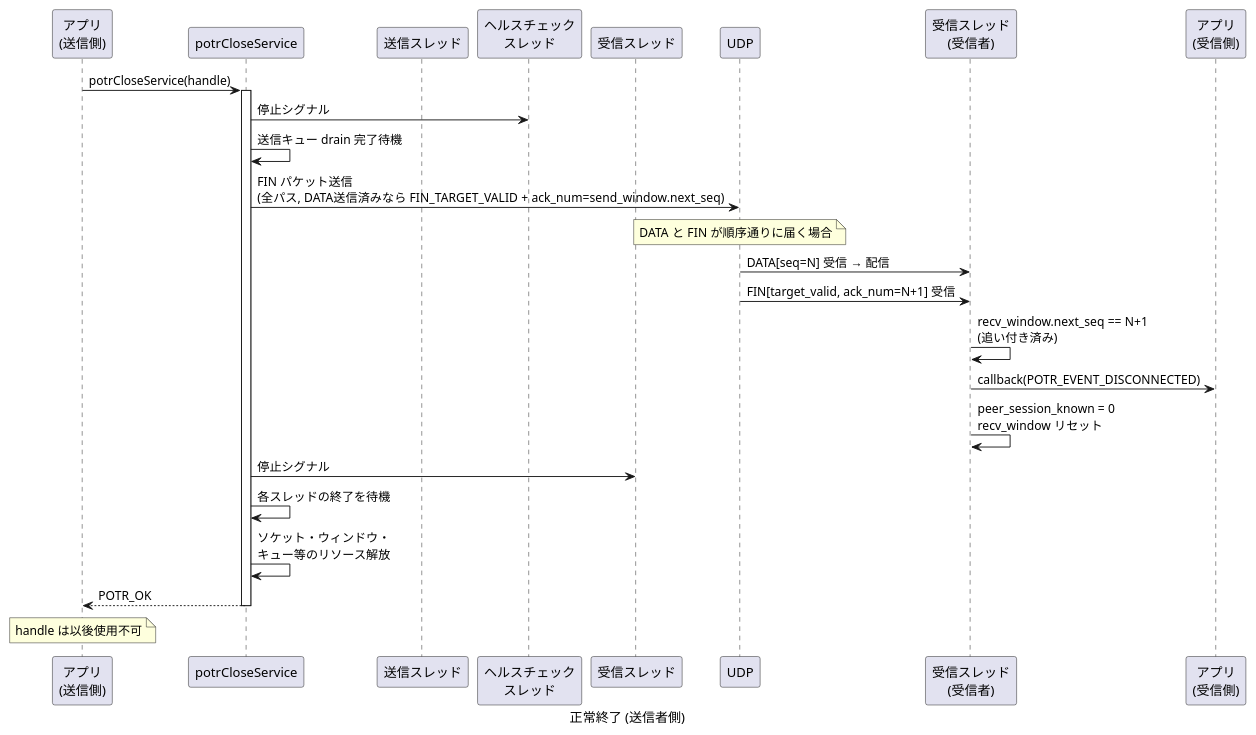
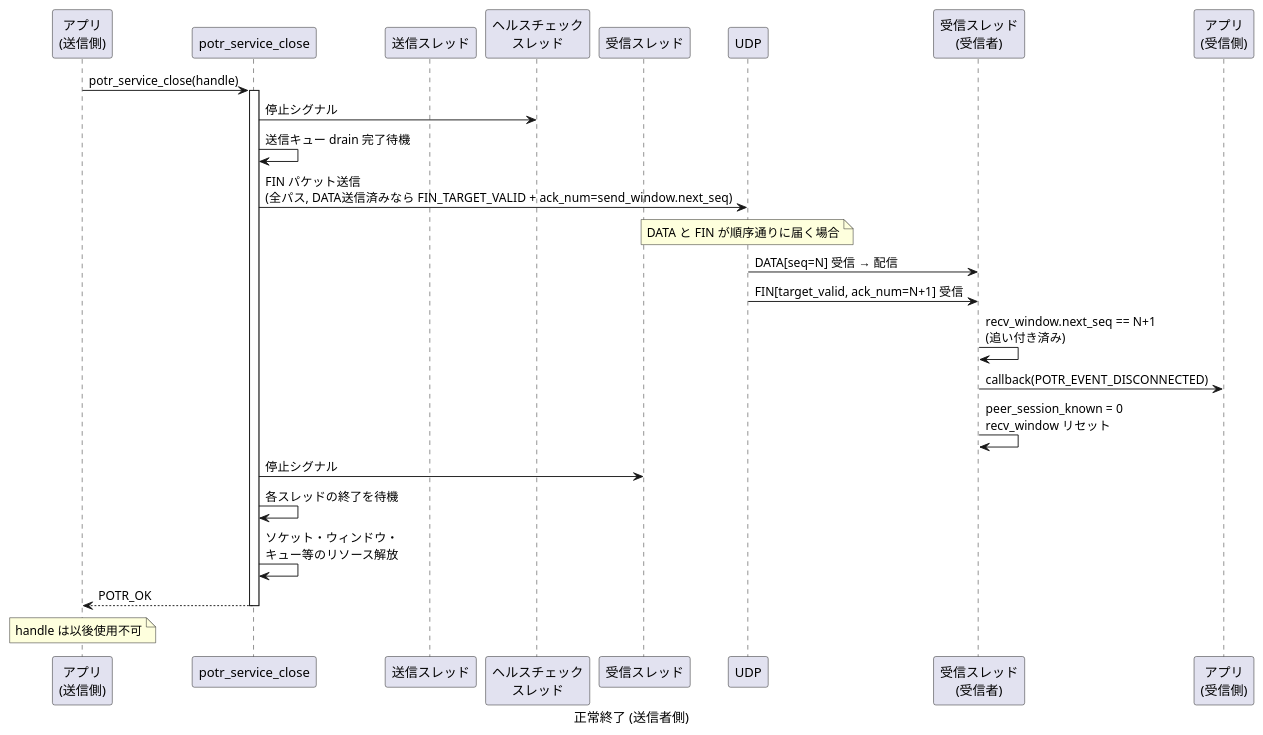
One commit to Hondarer/app_porter changed diagram 12 of 30 in docs/sequence.md. Above: the diagram before and after it, drawn with PlantUML. The commit also changed other lines of this file and 148 other files, not shown here.

````diff
--- a/docs/sequence.md
+++ b/docs/sequence.md
@@ -436,40 +436,40 @@
 ```plantuml
 @startuml 正常終了 (送信者側)
 caption 正常終了 (送信者側)
 
 participant "アプリ\n(送信側)" as SAPP
-participant "potrCloseService" as CLOSE
+participant "potr_service_close" as CLOSE
 participant "送信スレッド" as ST
 participant "ヘルスチェック\nスレッド" as HT
 participant "受信スレッド" as RT
 participant "UDP" as UDP
 participant "受信スレッド\n(受信者)" as RRT
 participant "アプリ\n(受信側)" as RAPP
 
-SAPP -> CLOSE: potrCloseService(handle)
+SAPP -> CLOSE: potr_service_close(handle)
 activate CLOSE
 
 CLOSE -> HT: 停止シグナル
 CLOSE -> CLOSE: 送信キュー drain 完了待機
 
 CLOSE -> UDP: FIN パケット送信\n(全パス, DATA送信済みなら FIN_TARGET_VALID + ack_num=send_window.next_seq)
 
 note over UDP: DATA と FIN が順序通りに届く場合
 UDP -> RRT: DATA[seq=N] 受信 → 配信
 UDP -> RRT: FIN[target_valid, ack_num=N+1] 受信
 RRT -> RRT: recv_window.next_seq == N+1\n(追い付き済み)
 RRT -> RAPP: callback(POTR_EVENT_DISCONNECTED)
 RRT -> RRT: peer_session_known = 0\nrecv_window リセット
 
 CLOSE -> RT: 停止シグナル
 
 CLOSE -> CLOSE: 各スレッドの終了を待機
 CLOSE -> CLOSE: ソケット・ウィンドウ・\nキュー等のリソース解放
 
 CLOSE --> SAPP: POTR_OK
 deactivate CLOSE
 
 note over SAPP: handle は以後使用不可
 
 @enduml
 ```
````
